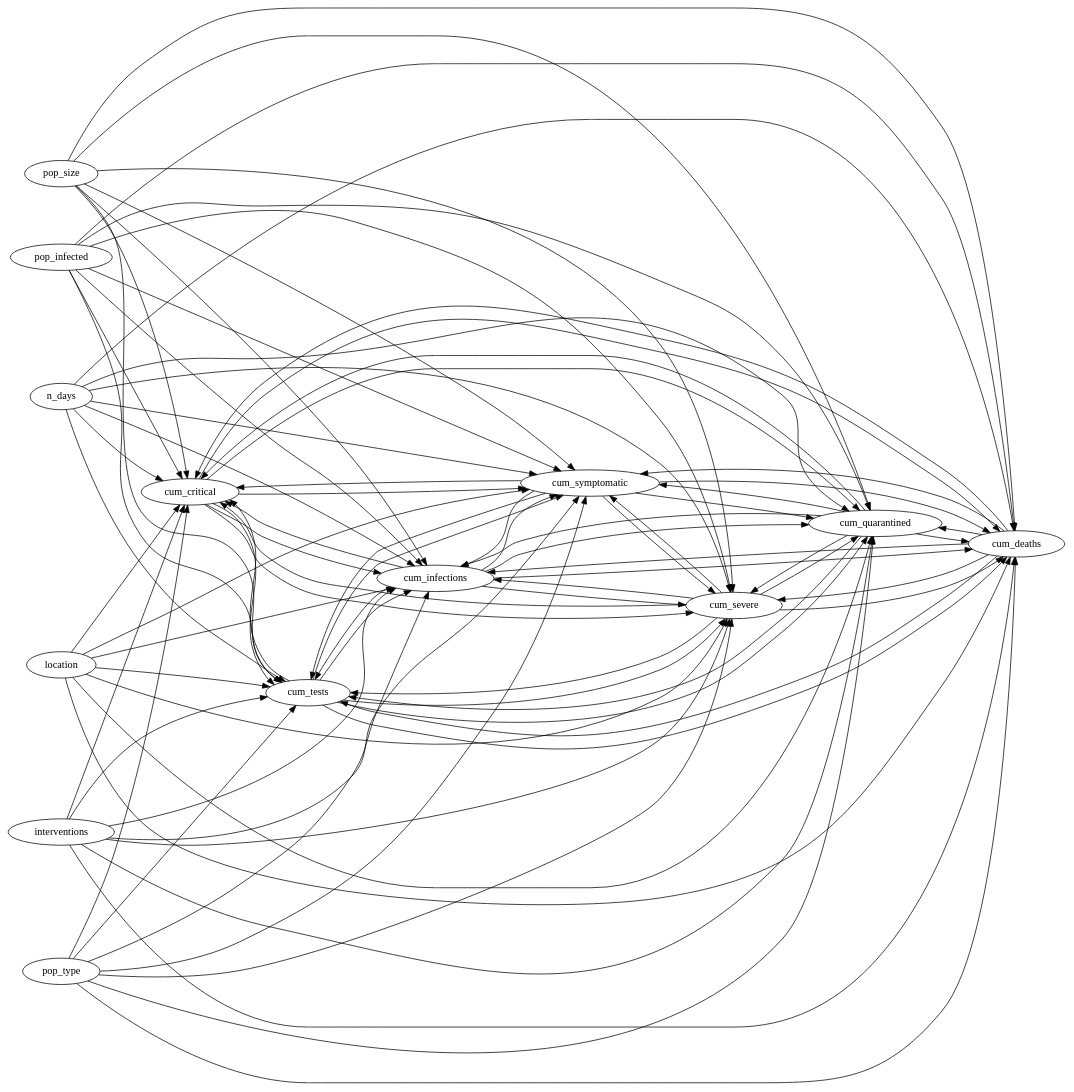
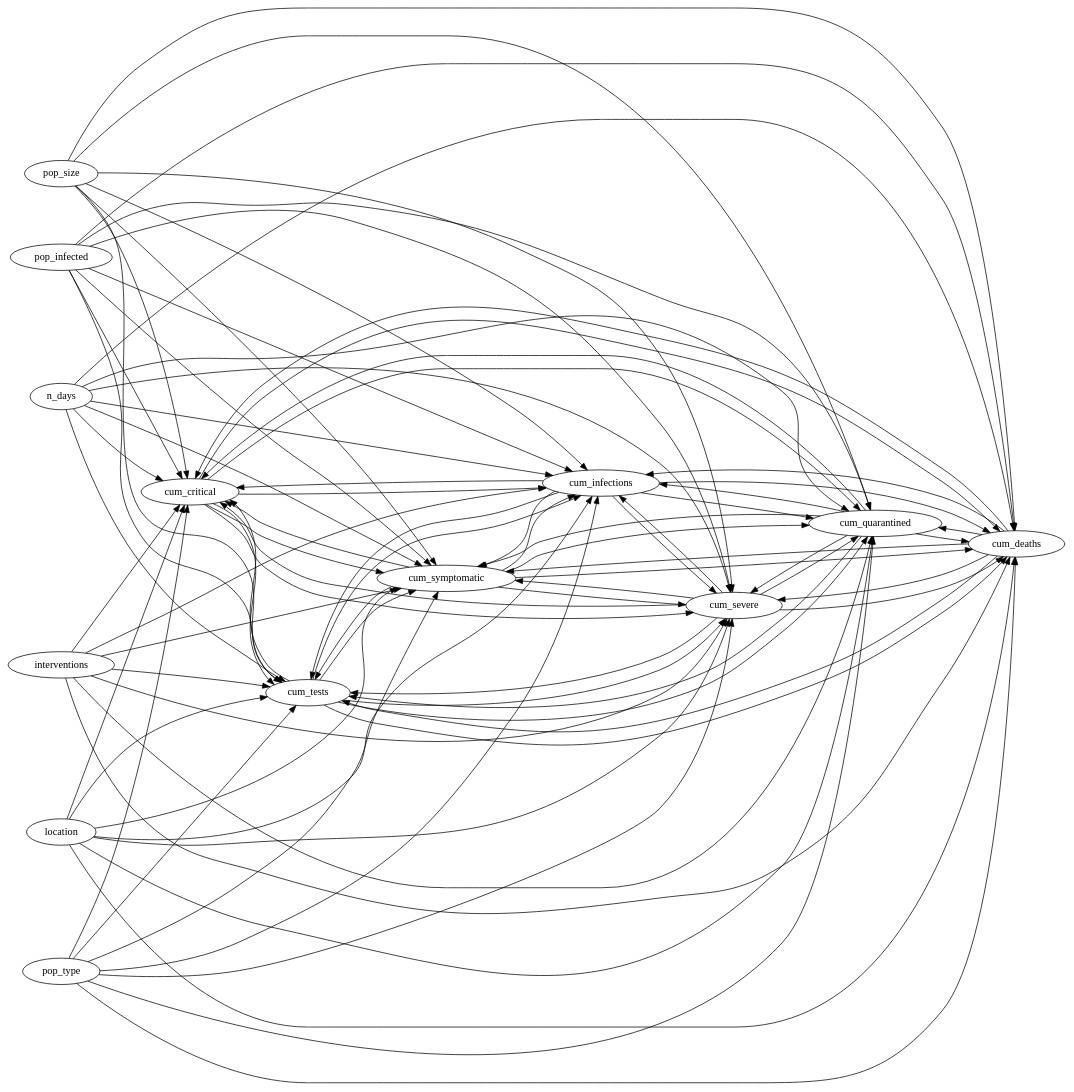
One commit to CITCOM-project/causcumber changed the diagram in scenarios/basic-end2end/causal_dag_connected.dot. Above: the diagram before and after it, drawn with Graphviz. The commit also changed other lines of this file and 7 other files, not shown here.

```diff
--- a/scenarios/basic-end2end/causal_dag_connected.dot
+++ b/scenarios/basic-end2end/causal_dag_connected.dot
@@ -1,89 +1,89 @@
 digraph "" {
 	graph [newrank=True,
 		rankdir=LR
 	];
 	pop_infected -> cum_critical;
 	pop_infected -> cum_tests;
+	pop_infected -> cum_symptomatic;
 	pop_infected -> cum_infections;
-	pop_infected -> cum_symptomatic;
 	pop_infected -> cum_severe;
 	pop_infected -> cum_quarantined;
 	pop_infected -> cum_deaths;
 	cum_critical -> cum_tests;
+	cum_critical -> cum_symptomatic;
 	cum_critical -> cum_infections;
-	cum_critical -> cum_symptomatic;
 	cum_critical -> cum_severe;
 	cum_critical -> cum_quarantined;
 	cum_critical -> cum_deaths;
+	interventions -> cum_critical;
+	interventions -> cum_tests;
+	interventions -> cum_symptomatic;
+	interventions -> cum_infections;
+	interventions -> cum_severe;
+	interventions -> cum_quarantined;
+	interventions -> cum_deaths;
+	pop_size -> cum_critical;
+	pop_size -> cum_tests;
+	pop_size -> cum_symptomatic;
+	pop_size -> cum_infections;
+	pop_size -> cum_severe;
+	pop_size -> cum_quarantined;
+	pop_size -> cum_deaths;
 	location -> cum_critical;
 	location -> cum_tests;
+	location -> cum_symptomatic;
 	location -> cum_infections;
-	location -> cum_symptomatic;
 	location -> cum_severe;
 	location -> cum_quarantined;
 	location -> cum_deaths;
-	pop_size -> cum_critical;
-	pop_size -> cum_tests;
-	pop_size -> cum_infections;
-	pop_size -> cum_symptomatic;
-	pop_size -> cum_severe;
-	pop_size -> cum_quarantined;
-	pop_size -> cum_deaths;
-	interventions -> cum_critical;
-	interventions -> cum_tests;
-	interventions -> cum_infections;
-	interventions -> cum_symptomatic;
-	interventions -> cum_severe;
-	interventions -> cum_quarantined;
-	interventions -> cum_deaths;
 	pop_type -> cum_critical;
 	pop_type -> cum_tests;
+	pop_type -> cum_symptomatic;
 	pop_type -> cum_infections;
-	pop_type -> cum_symptomatic;
 	pop_type -> cum_severe;
 	pop_type -> cum_quarantined;
 	pop_type -> cum_deaths;
 	n_days -> cum_critical;
 	n_days -> cum_tests;
+	n_days -> cum_symptomatic;
 	n_days -> cum_infections;
-	n_days -> cum_symptomatic;
 	n_days -> cum_severe;
 	n_days -> cum_quarantined;
 	n_days -> cum_deaths;
 	cum_tests -> cum_critical;
+	cum_tests -> cum_symptomatic;
 	cum_tests -> cum_infections;
-	cum_tests -> cum_symptomatic;
 	cum_tests -> cum_severe;
 	cum_tests -> cum_quarantined;
 	cum_tests -> cum_deaths;
+	cum_symptomatic -> cum_critical;
+	cum_symptomatic -> cum_tests;
+	cum_symptomatic -> cum_infections;
+	cum_symptomatic -> cum_severe;
+	cum_symptomatic -> cum_quarantined;
+	cum_symptomatic -> cum_deaths;
 	cum_infections -> cum_critical;
 	cum_infections -> cum_tests;
 	cum_infections -> cum_symptomatic;
 	cum_infections -> cum_severe;
 	cum_infections -> cum_quarantined;
 	cum_infections -> cum_deaths;
-	cum_symptomatic -> cum_critical;
-	cum_symptomatic -> cum_tests;
-	cum_symptomatic -> cum_infections;
-	cum_symptomatic -> cum_severe;
-	cum_symptomatic -> cum_quarantined;
-	cum_symptomatic -> cum_deaths;
 	cum_severe -> cum_critical;
 	cum_severe -> cum_tests;
+	cum_severe -> cum_symptomatic;
 	cum_severe -> cum_infections;
-	cum_severe -> cum_symptomatic;
 	cum_severe -> cum_quarantined;
 	cum_severe -> cum_deaths;
 	cum_quarantined -> cum_critical;
 	cum_quarantined -> cum_tests;
+	cum_quarantined -> cum_symptomatic;
 	cum_quarantined -> cum_infections;
-	cum_quarantined -> cum_symptomatic;
 	cum_quarantined -> cum_severe;
 	cum_quarantined -> cum_deaths;
 	cum_deaths -> cum_critical;
 	cum_deaths -> cum_tests;
+	cum_deaths -> cum_symptomatic;
 	cum_deaths -> cum_infections;
-	cum_deaths -> cum_symptomatic;
 	cum_deaths -> cum_severe;
 	cum_deaths -> cum_quarantined;
 }
```
